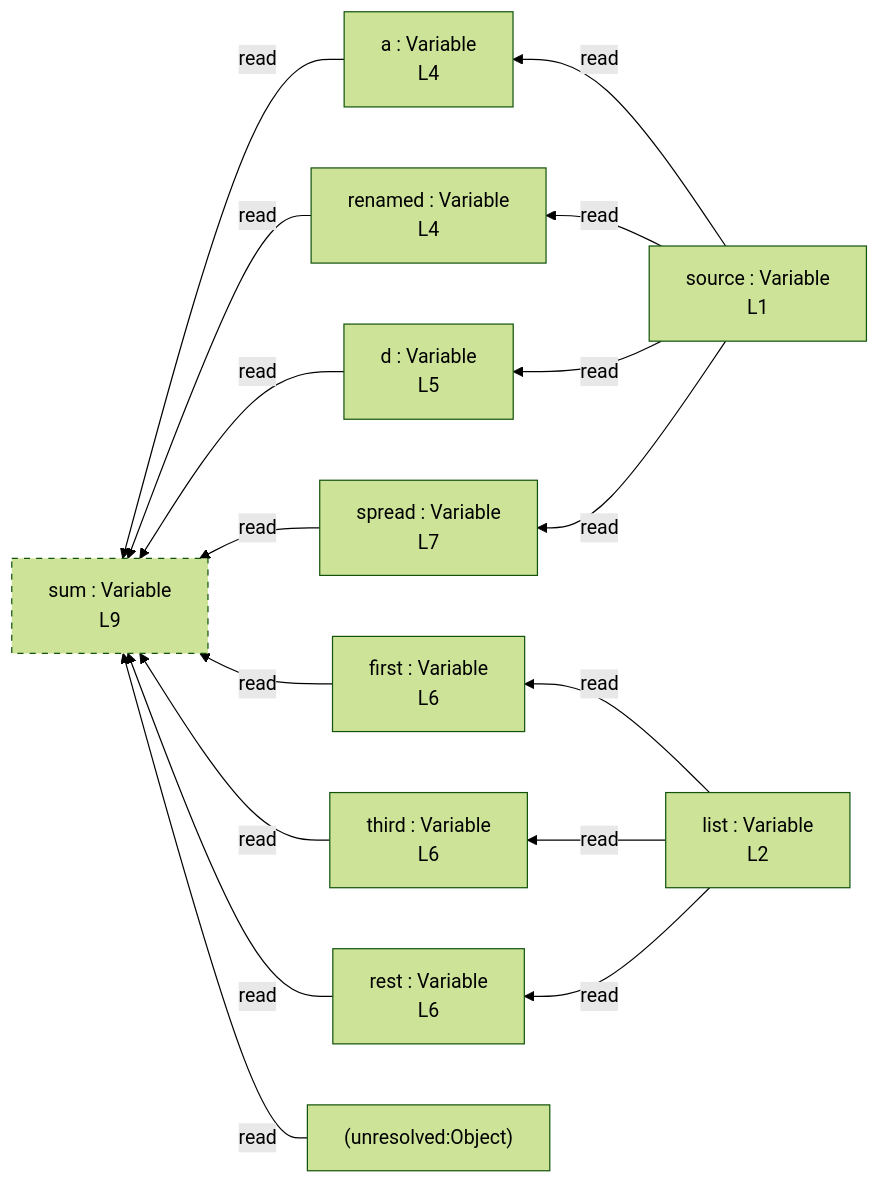
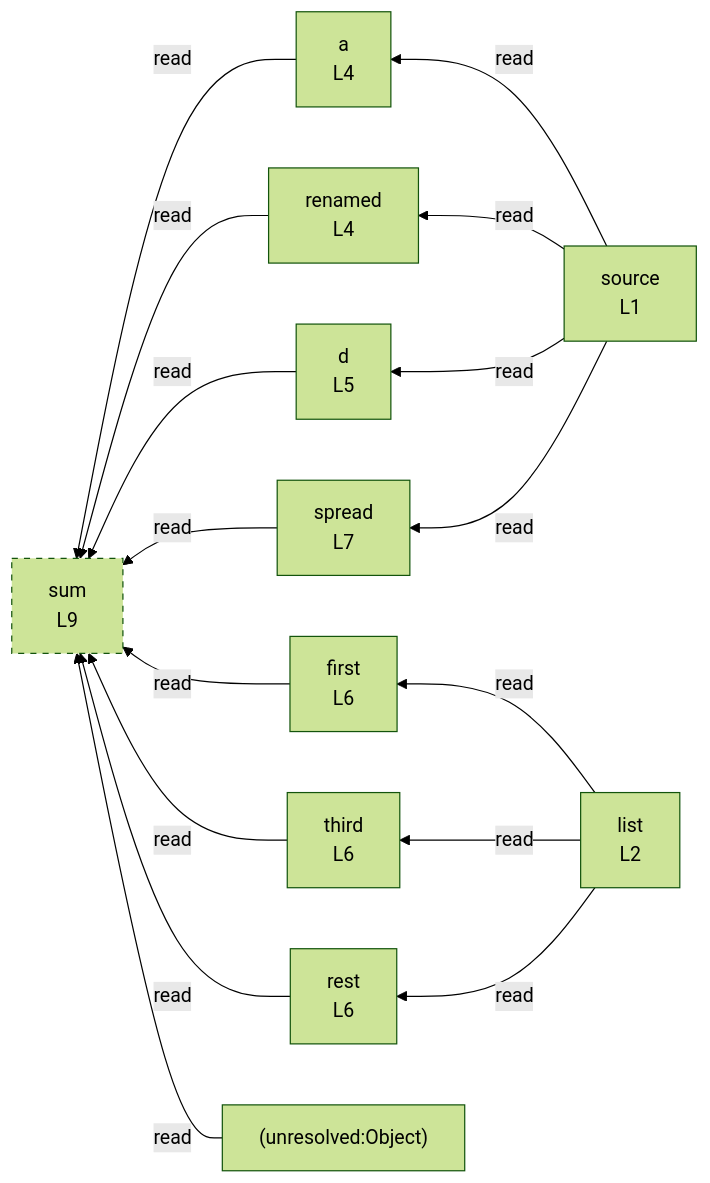
The diagram in integration/fixtures/destructuring/preview.md (crescware/unsnarl), drawn with Mermaid (forest theme) before and after one commit. The commit also changed 27 other files, not shown here.

First line of the commit message:
refactor(mermaid): drop ": Variable" noise, decorate kinds inline

````diff
--- a/integration/fixtures/destructuring/preview.md
+++ b/integration/fixtures/destructuring/preview.md
@@ -19,31 +19,31 @@
 ```mermaid
 flowchart RL
-  n_scope_0_source_6["source : Variable<br/>L1"]
-  n_scope_0_list_61["list : Variable<br/>L2"]
-  n_scope_0_a_95["a : Variable<br/>L4"]
-  n_scope_0_renamed_101["renamed : Variable<br/>L4"]
-  n_scope_0_d_139["d : Variable<br/>L5"]
-  n_scope_0_first_162["first : Variable<br/>L6"]
-  n_scope_0_third_171["third : Variable<br/>L6"]
-  n_scope_0_rest_181["rest : Variable<br/>L6"]
-  n_scope_0_spread_206["spread : Variable<br/>L7"]
-  n_scope_0_sum_232["sum : Variable<br/>L9"]
+  n_scope_0_source_6["source<br/>L1"]
+  n_scope_0_list_61["list<br/>L2"]
+  n_scope_0_a_95["a<br/>L4"]
+  n_scope_0_renamed_101["renamed<br/>L4"]
+  n_scope_0_d_139["d<br/>L5"]
+  n_scope_0_first_162["first<br/>L6"]
+  n_scope_0_third_171["third<br/>L6"]
+  n_scope_0_rest_181["rest<br/>L6"]
+  n_scope_0_spread_206["spread<br/>L7"]
+  n_scope_0_sum_232["sum<br/>L9"]
   n_scope_0_Object_286["(unresolved:Object)"]
   n_scope_0_source_6 -->|read| n_scope_0_a_95
   n_scope_0_source_6 -->|read| n_scope_0_renamed_101
   n_scope_0_source_6 -->|read| n_scope_0_d_139
   n_scope_0_list_61 -->|read| n_scope_0_first_162
   n_scope_0_list_61 -->|read| n_scope_0_third_171
   n_scope_0_list_61 -->|read| n_scope_0_rest_181
   n_scope_0_source_6 -->|read| n_scope_0_spread_206
   n_scope_0_a_95 -->|read| n_scope_0_sum_232
   n_scope_0_renamed_101 -->|read| n_scope_0_sum_232
   n_scope_0_d_139 -->|read| n_scope_0_sum_232
   n_scope_0_first_162 -->|read| n_scope_0_sum_232
   n_scope_0_third_171 -->|read| n_scope_0_sum_232
   n_scope_0_rest_181 -->|read| n_scope_0_sum_232
   n_scope_0_Object_286 -->|read| n_scope_0_sum_232
   n_scope_0_spread_206 -->|read| n_scope_0_sum_232
   classDef unused stroke-dasharray: 5 5;
   class n_scope_0_sum_232 unused;
 ```
````
